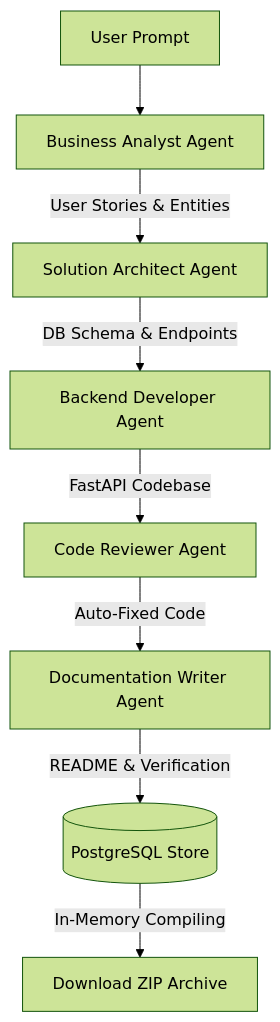
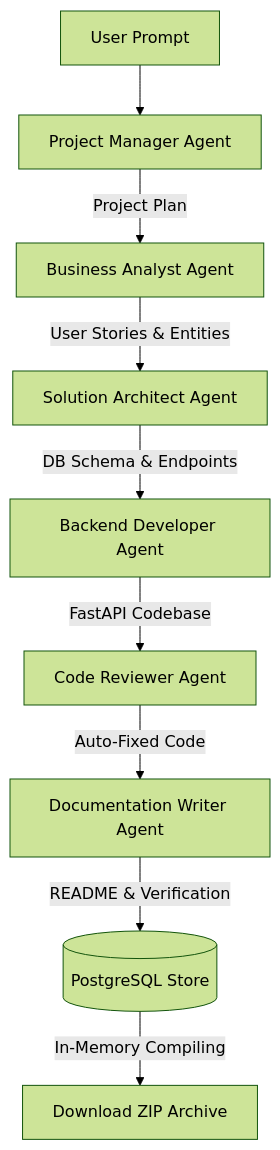
One commit to Logesh-Murugan/codeforge-ai changed the diagram in README.md. Above: the diagram before and after it, drawn with Mermaid (forest theme). The commit also changed other lines of this file, not shown here.

Commit message:
docs: update main README to reflect new 6-agent system architecture

````diff
--- a/README.md
+++ b/README.md
@@ -23,10 +23,11 @@
 ```mermaid
 flowchart TD
-    A[User Prompt] --> BA[Business Analyst Agent]
+    A[User Prompt] --> PM[Project Manager Agent]
+    PM -->|Project Plan| BA[Business Analyst Agent]
     BA -->|User Stories & Entities| SA[Solution Architect Agent]
     SA -->|DB Schema & Endpoints| BD[Backend Developer Agent]
     BD -->|FastAPI Codebase| CR[Code Reviewer Agent]
     CR -->|Auto-Fixed Code| DW[Documentation Writer Agent]
     DW -->|README & Verification| DB[(PostgreSQL Store)]
     DB -->|In-Memory Compiling| ZIP[Download ZIP Archive]
 ```
````
